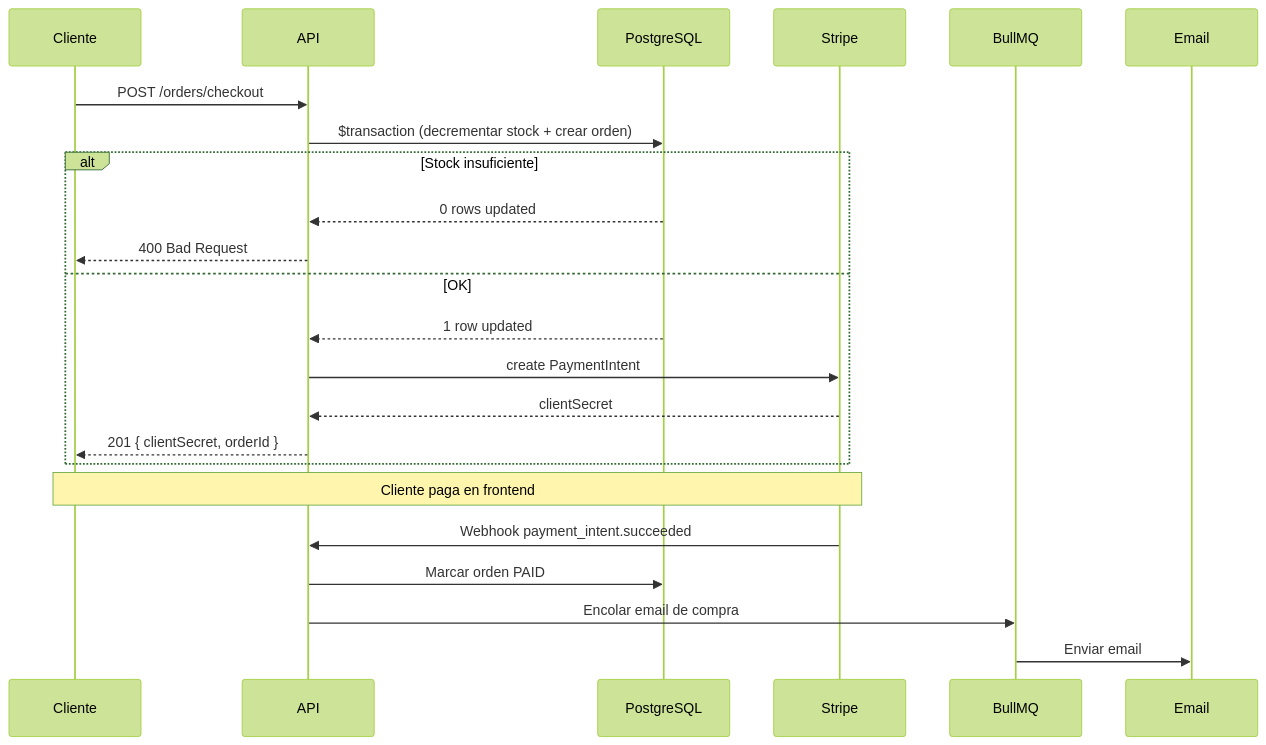
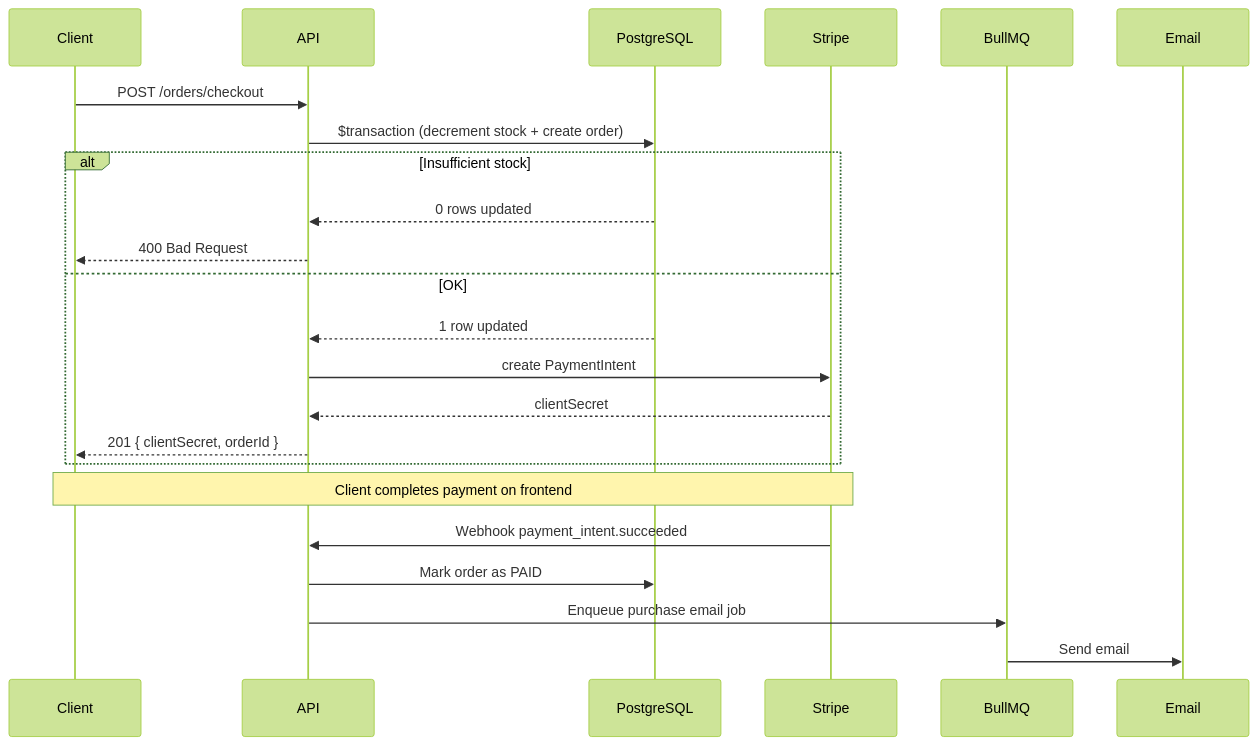
The second of 2 diagrams in README.md (LucasBenitez7/ticketmaster-api), drawn with Mermaid (forest theme) before and after one commit. The commit also changed other lines of this file, not shown here.

Commit message:
docs: rewrite README for recruiter visibility and live API access (#14)

````diff
--- a/README.md
+++ b/README.md
@@ -108,28 +124,27 @@
 ```mermaid
 sequenceDiagram
-    participant C as Cliente
+    participant C as Client
     participant API
-
     participant DB as PostgreSQL
     participant Stripe
     participant BullMQ
     participant Email
 
     C->>API: POST /orders/checkout
-    API->>DB: $transaction (decrementar stock + crear orden)
-    alt Stock insuficiente
+    API->>DB: $transaction (decrement stock + create order)
+    alt Insufficient stock
         DB-->>API: 0 rows updated
         API-->>C: 400 Bad Request
     else OK
         DB-->>API: 1 row updated
         API->>Stripe: create PaymentIntent
         Stripe-->>API: clientSecret
         API-->>C: 201 { clientSecret, orderId }
     end
 
-    Note over C,Stripe: Cliente paga en frontend
+    Note over C,Stripe: Client completes payment on frontend
     Stripe->>API: Webhook payment_intent.succeeded
-    API->>DB: Marcar orden PAID
-    API->>BullMQ: Encolar email de compra
-    BullMQ->>Email: Enviar email
+    API->>DB: Mark order as PAID
+    API->>BullMQ: Enqueue purchase email job
+    BullMQ->>Email: Send email
 ```
````
